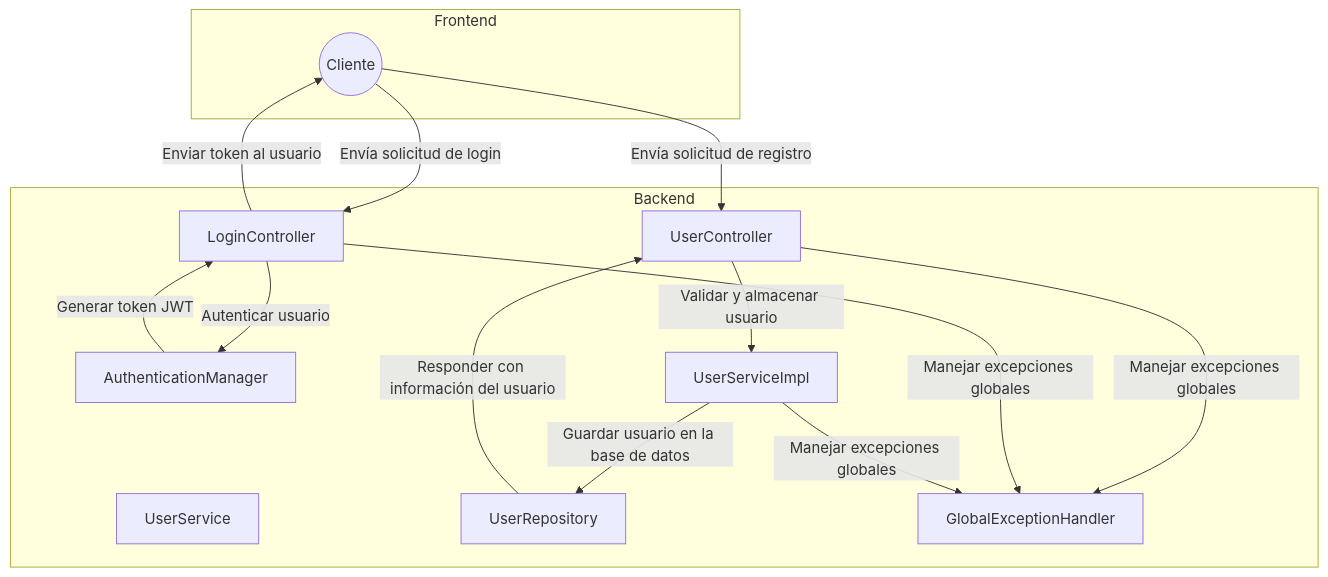
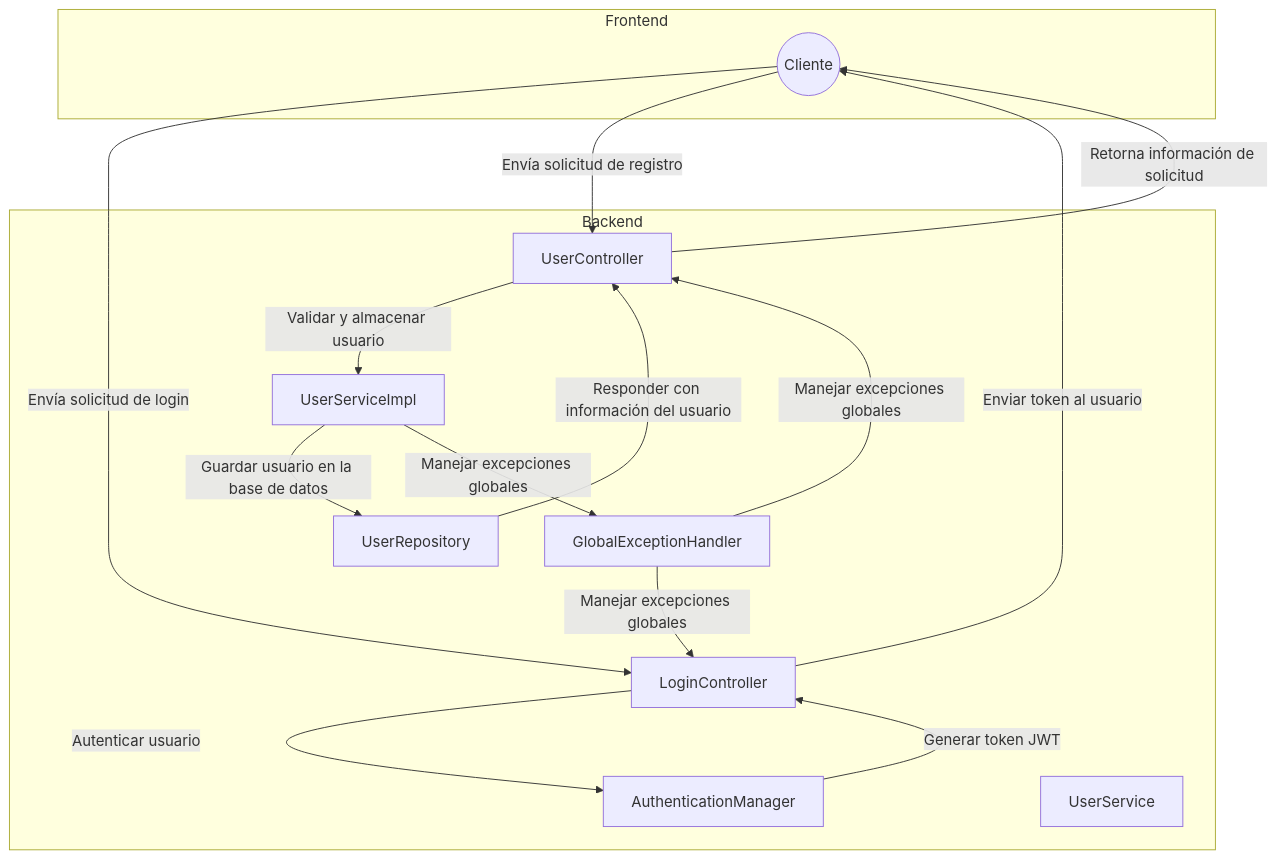
One commit to camilitwo/test-bci changed the diagram in src/main/docs/diagramas/Componentes.md. Above: the diagram before and after it, drawn with Mermaid.

Commit message:
actualizacion de diagramas

````diff
--- a/src/main/docs/diagramas/Componentes.md
+++ b/src/main/docs/diagramas/Componentes.md
@@ -3,30 +3,31 @@
 ```mermaid
 graph TD
     subgraph Frontend
         A((Cliente))
     end
 
     subgraph Backend
         B[UserController]
         C[LoginController]
         D[AuthenticationManager]
         E[UserService]
         F[UserServiceImpl]
         G[UserRepository]
         H[GlobalExceptionHandler]
     end
 
     A -->|Envía solicitud de login| C
     C -->|Autenticar usuario| D
     D -->|Generar token JWT| C
     C -->|Enviar token al usuario| A
 
     A -->|Envía solicitud de registro| B
+    B -->|Retorna información de solicitud| A
     B -->|Validar y almacenar usuario| F
     F -->|Guardar usuario en la base de datos| G
     G -->|Responder con información del usuario| B
-    B -->|Manejar excepciones globales| H
-    C -->|Manejar excepciones globales| H
+    H -->|Manejar excepciones globales| B
+    H -->|Manejar excepciones globales| C
     F -->|Manejar excepciones globales| H
 
 ```
````
